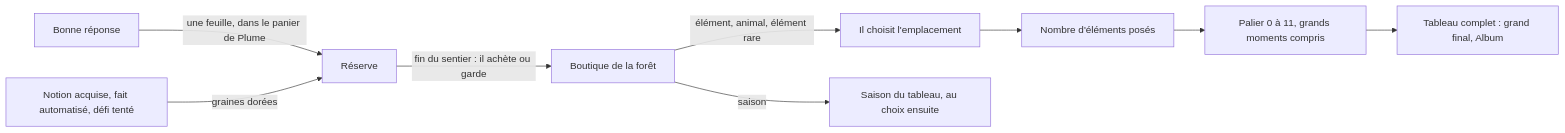
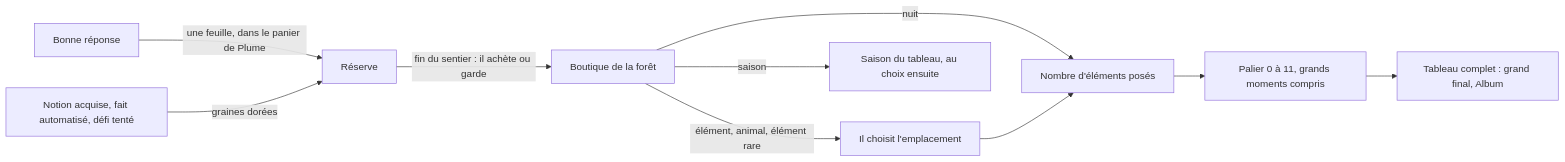
The diagram in doc/PLAN_ACTION.md (Plonk42/numebois), drawn with Mermaid before and after one commit. The commit also changed other lines of this file and 36 other files, not shown here.

Commit message:
Proposer la nuit du tableau : achetée dans la boutique, choisie comme une cinquième saison (Closes #85) (#113)

````diff
--- a/doc/PLAN_ACTION.md
+++ b/doc/PLAN_ACTION.md
@@ -35,11 +35,12 @@
 ```mermaid
 flowchart LR
   A[Bonne réponse] -->|une feuille, dans le panier de Plume| R[Réserve]
   L[Notion acquise, fait automatisé, défi tenté] -->|graines dorées| R
   R -->|fin du sentier : il achète ou garde| B[Boutique de la forêt]
   B -->|élément, animal, élément rare| P[Il choisit l'emplacement]
   B -->|saison| S[Saison du tableau, au choix ensuite]
+  B -->|nuit| N[Nuit du tableau, au choix ensuite]
   P --> N[Nombre d'éléments posés]
   N --> T[Palier 0 à 11, grands moments compris]
   T --> F[Tableau complet : grand final, Album]
 ```
````
